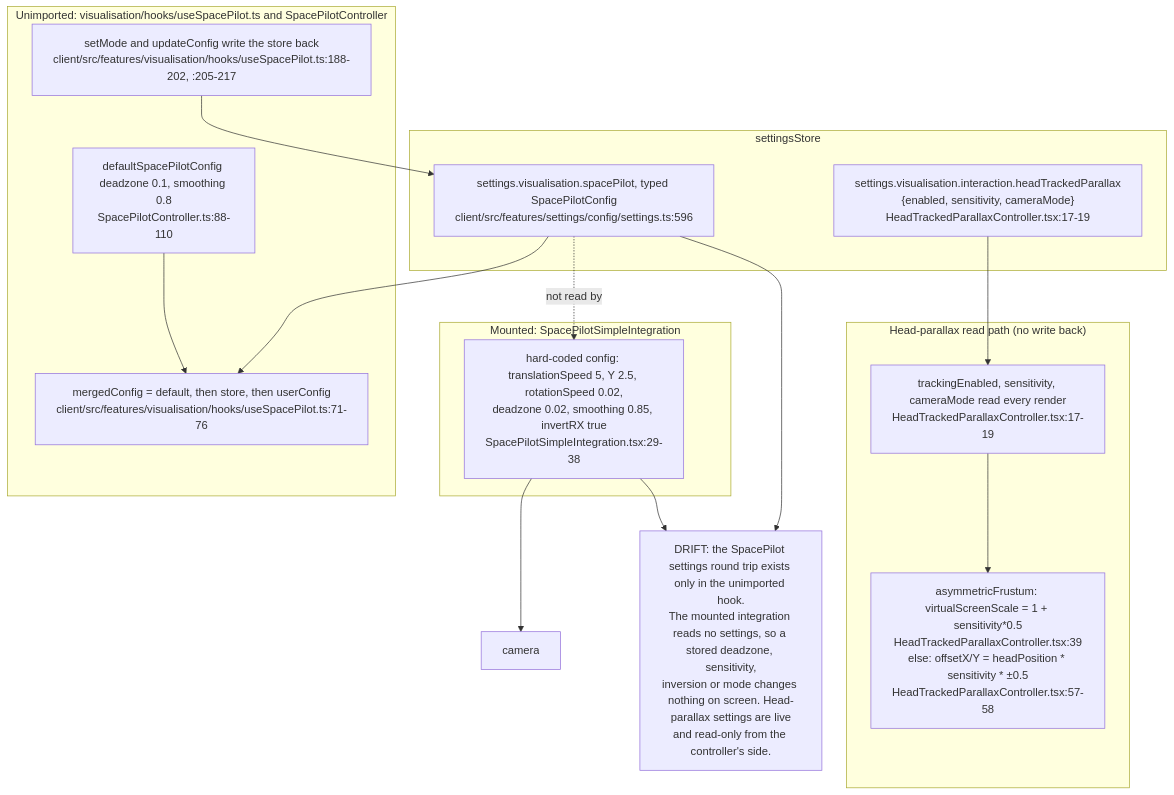
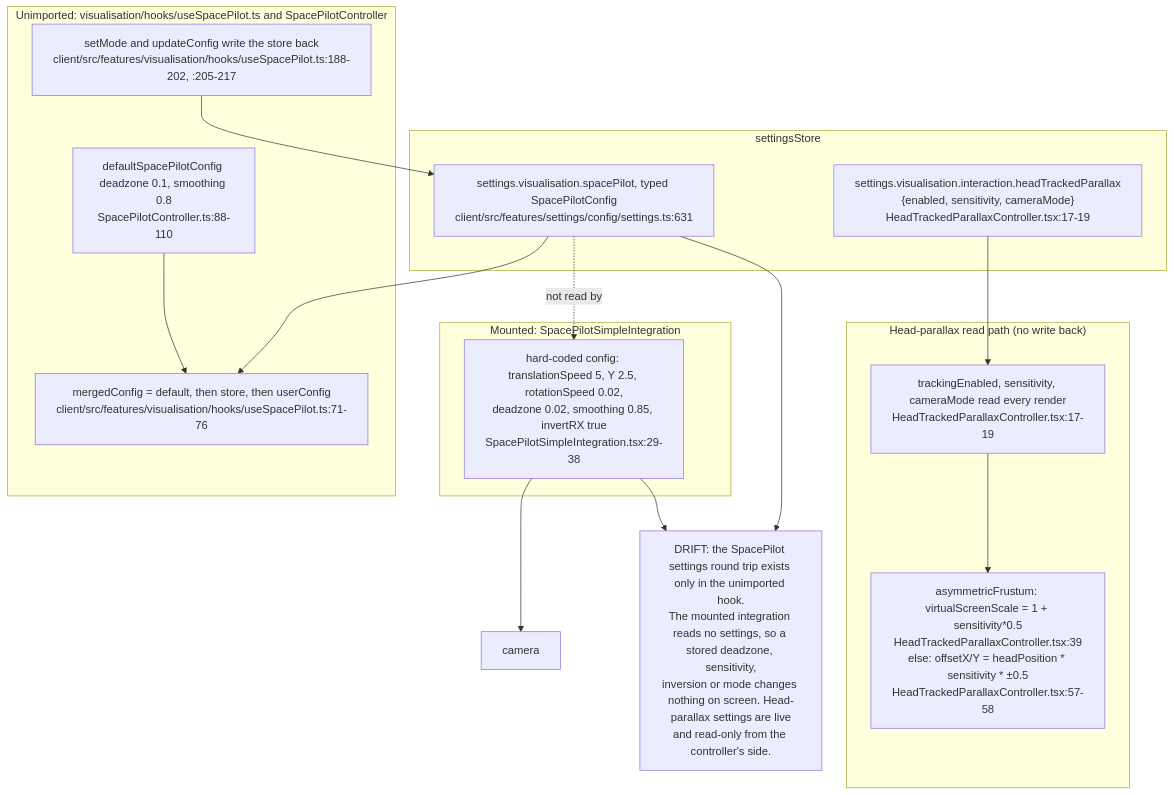
The tenth of 11 diagrams in docs/diagrams/visionclaw/37-browser-xr-and-desktop-input.md (DreamLab-AI/VisionFlow), drawn with Mermaid before and after one commit. The commit also changed other lines of this file and 56 other files, not shown here.

First line of the commit message:
docs(diagrams): re-verify VisionClaw topics at ec785afa9, add VC-19/56/57 and the VisionClaw register

````diff
--- a/docs/diagrams/visionclaw/37-browser-xr-and-desktop-input.md
+++ b/docs/diagrams/visionclaw/37-browser-xr-and-desktop-input.md
@@ -453,28 +461,28 @@
 ```mermaid
 flowchart TB
     subgraph store["settingsStore"]
-        SS["settings.visualisation.spacePilot, typed SpacePilotConfig<br/>client/src/features/settings/config/settings.ts:596"]
+        SS["settings.visualisation.spacePilot, typed SpacePilotConfig<br/>client/src/features/settings/config/settings.ts:631"]
         HS["settings.visualisation.interaction.headTrackedParallax<br/>{enabled, sensitivity, cameraMode}<br/>HeadTrackedParallaxController.tsx:17-19"]
     end
     subgraph dead["Unimported: visualisation/hooks/useSpacePilot.ts and SpacePilotController"]
         DEF["defaultSpacePilotConfig deadzone 0.1, smoothing 0.8<br/>SpacePilotController.ts:88-110"]
         MERGE["mergedConfig = default, then store, then userConfig<br/>client/src/features/visualisation/hooks/useSpacePilot.ts:71-76"]
         UPD["setMode and updateConfig write the store back<br/>client/src/features/visualisation/hooks/useSpacePilot.ts:188-202, :205-217"]
     end
     subgraph live["Mounted: SpacePilotSimpleIntegration"]
         LIT["hard-coded config: translationSpeed 5, Y 2.5, rotationSpeed 0.02,<br/>deadzone 0.02, smoothing 0.85, invertRX true<br/>SpacePilotSimpleIntegration.tsx:29-38"]
     end
     subgraph hp["Head-parallax read path (no write back)"]
         HREAD["trackingEnabled, sensitivity, cameraMode read every render<br/>HeadTrackedParallaxController.tsx:17-19"]
         HAPPLY["asymmetricFrustum: virtualScreenScale = 1 + sensitivity*0.5<br/>HeadTrackedParallaxController.tsx:39<br/>else: offsetX/Y = headPosition * sensitivity * ±0.5<br/>HeadTrackedParallaxController.tsx:57-58"]
     end
     DEF --> MERGE
     SS --> MERGE
     UPD --> SS
     LIT --> CAMX["camera"]
     SS -.->|"not read by"| LIT
     HS --> HREAD --> HAPPLY
     note1["DRIFT: the SpacePilot settings round trip exists only in the unimported hook.<br/>The mounted integration reads no settings, so a stored deadzone, sensitivity,<br/>inversion or mode changes nothing on screen. Head-parallax settings are live<br/>and read-only from the controller's side."]
     SS --> note1
     LIT --> note1
 ```
````
